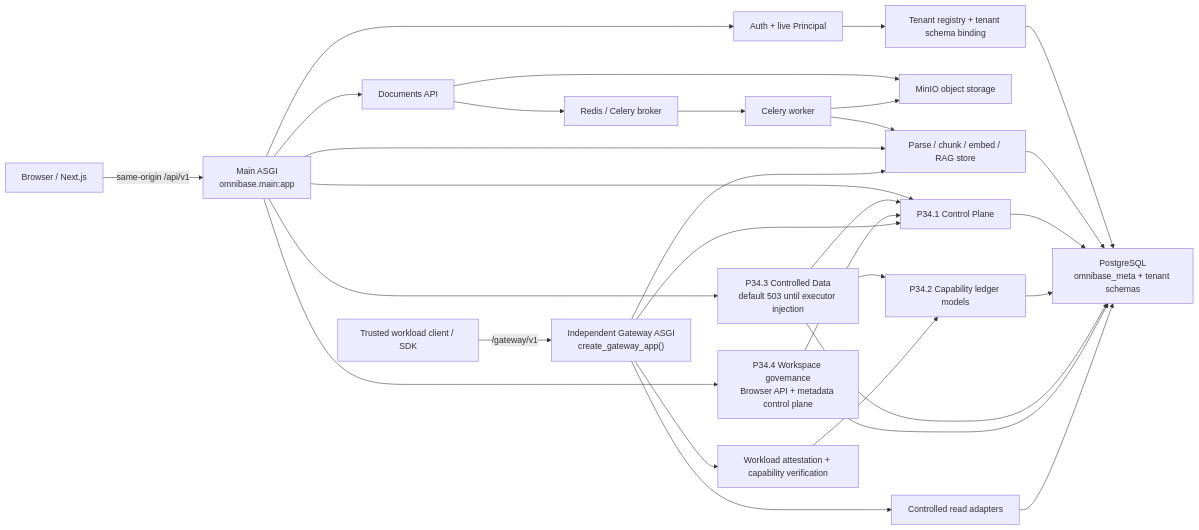
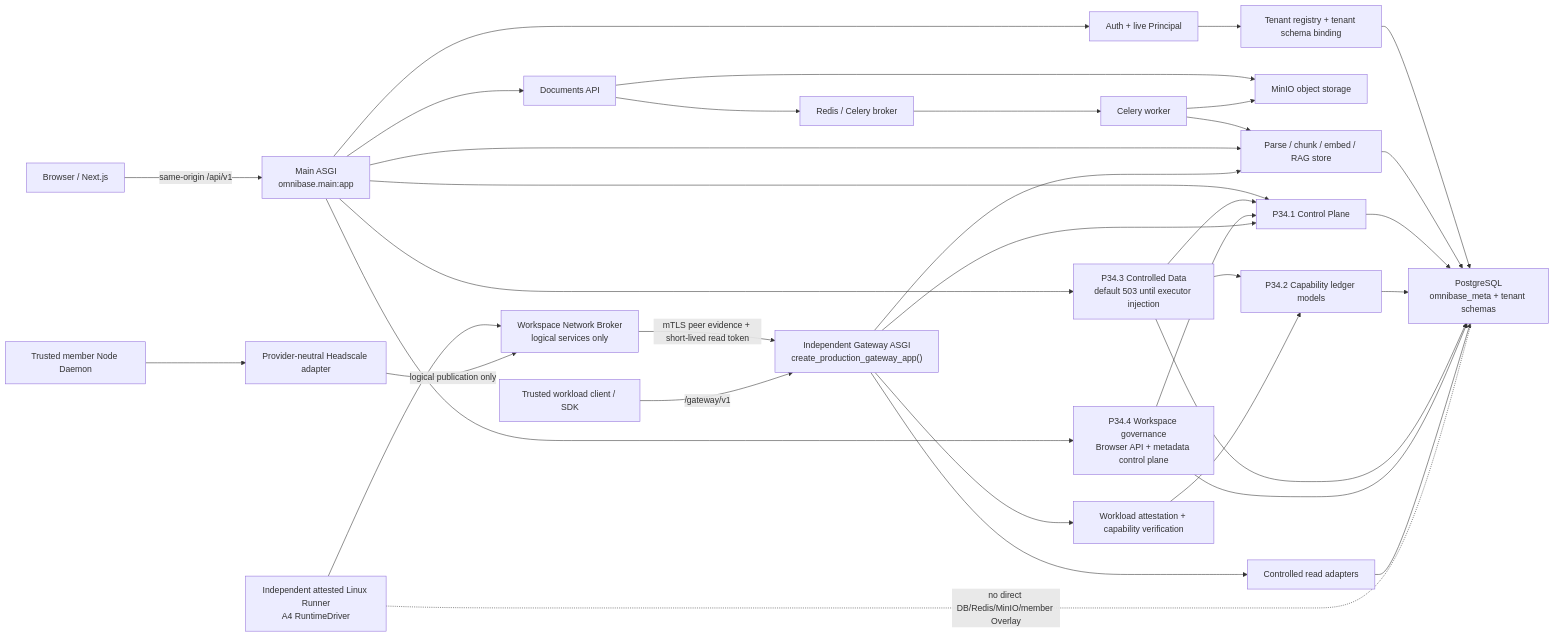
The diagram in docs/maintainers/ai-maintainer-map.md (lss100200/omnibase), drawn with Mermaid before and after one commit. The commit also changed other lines of this file and 96 other files, not shown here.

Commit message:
feat(platform): seal P34.5 secure workspace runtime

````diff
--- a/docs/maintainers/ai-maintainer-map.md
+++ b/docs/maintainers/ai-maintainer-map.md
@@ -22,35 +22,41 @@
 ```mermaid
 flowchart LR
     Browser["Browser / Next.js"] -->|"same-origin /api/v1"| Main["Main ASGI\nomnibase.main:app"]
     Main --> Auth["Auth + live Principal"]
     Auth --> Tenant["Tenant registry + tenant schema binding"]
     Main --> Docs["Documents API"]
     Docs --> MinIO["MinIO object storage"]
     Docs --> Redis["Redis / Celery broker"]
     Redis --> Worker["Celery worker"]
     Worker --> MinIO
     Worker --> RAG["Parse / chunk / embed / RAG store"]
     Main --> RAG
     Main --> CP["P34.1 Control Plane"]
     Main --> CD["P34.3 Controlled Data\ndefault 503 until executor injection"]
     Main --> WS["P34.4 Workspace governance\nBrowser API + metadata control plane"]
     CD --> CP
     CD --> Cap["P34.2 Capability ledger models"]
     WS --> CP
 
-    Workload["Trusted workload client / SDK"] -->|"/gateway/v1"| Gateway["Independent Gateway ASGI\ncreate_gateway_app()"]
+    Runner["Independent attested Linux Runner\nA4 RuntimeDriver"] --> Broker["Workspace Network Broker\nlogical services only"]
+    Member["Trusted member Node Daemon"] --> Overlay["Provider-neutral Headscale adapter"]
+    Overlay -->|"logical publication only"| Broker
+    Broker -->|"mTLS peer evidence + short-lived read token"| Gateway["Independent Gateway ASGI\ncreate_production_gateway_app()"]
+    Workload["Trusted workload client / SDK"] -->|"/gateway/v1"| Gateway
     Gateway --> Attest["Workload attestation + capability verification"]
     Attest --> Cap
     Gateway --> CP
     Gateway --> RAG
     Gateway --> Data["Controlled read adapters"]
 
     PG["PostgreSQL\nomnibase_meta + tenant schemas"]
     Tenant --> PG
     RAG --> PG
     CP --> PG
     Cap --> PG
     CD --> PG
     WS --> PG
     Data --> PG
+
+    Runner -. "no direct DB/Redis/MinIO/member Overlay" .- PG
 ```
````
